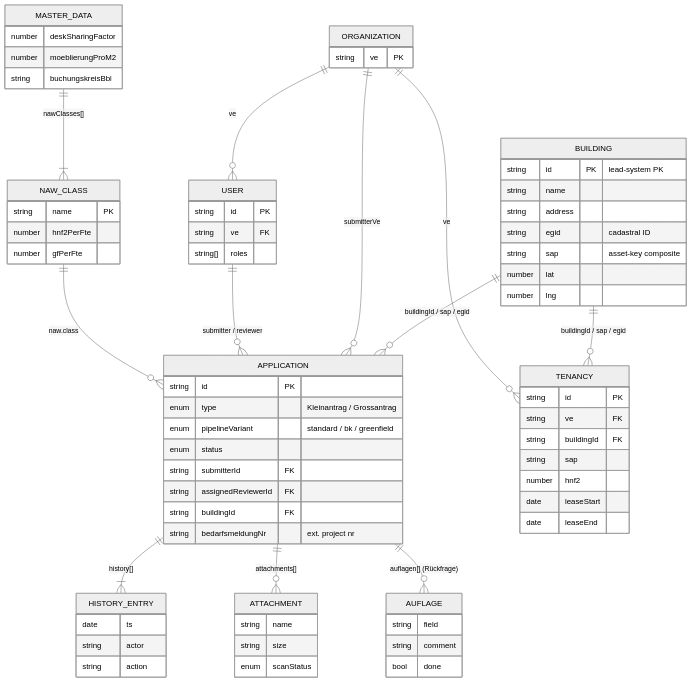
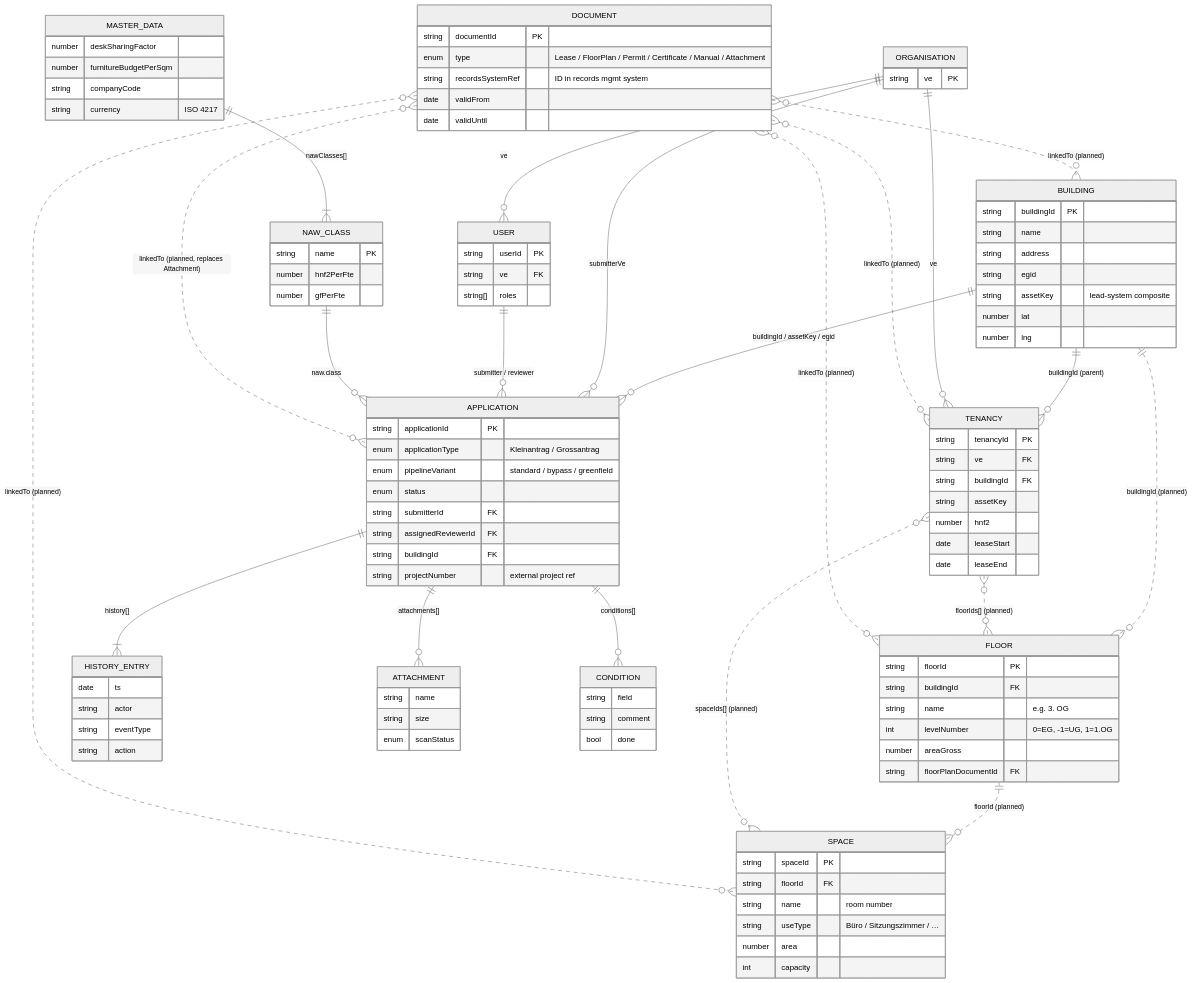
Before and after one commit to bbl-dres/tenant-portal: the first of 2 diagrams in docs/DATAMODEL.md, drawn with Mermaid (neutral theme). The commit also changed other lines of this file, not shown here.

````diff
--- a/docs/DATAMODEL.md
+++ b/docs/DATAMODEL.md
@@ -127,51 +91,60 @@
 ```mermaid
 erDiagram
-    BUILDING ||--o{ APPLICATION : "buildingId / sap / egid"
-    BUILDING ||--o{ TENANCY     : "buildingId / sap / egid"
-    ORGANIZATION ||--o{ USER        : "ve"
-    ORGANIZATION ||--o{ APPLICATION : "submitterVe"
-    ORGANIZATION ||--o{ TENANCY     : "ve"
+    BUILDING ||--o{ APPLICATION : "buildingId / assetKey / egid"
+    BUILDING ||--o{ TENANCY     : "buildingId (parent)"
+    BUILDING ||..o{ FLOOR       : "buildingId (planned)"
+    FLOOR    ||..o{ SPACE       : "floorId (planned)"
+    TENANCY  }o..o{ FLOOR       : "floorIds[] (planned)"
+    TENANCY  }o..o{ SPACE       : "spaceIds[] (planned)"
+    ORGANISATION ||--o{ USER        : "ve"
+    ORGANISATION ||--o{ APPLICATION : "submitterVe"
+    ORGANISATION ||--o{ TENANCY     : "ve"
     USER ||--o{ APPLICATION : "submitter / reviewer"
     APPLICATION ||--|{ HISTORY_ENTRY : "history[]"
     APPLICATION ||--o{ ATTACHMENT    : "attachments[]"
-    APPLICATION ||--o{ AUFLAGE       : "auflagen[] (Rückfrage)"
+    APPLICATION ||--o{ CONDITION     : "conditions[]"
     NAW_CLASS   ||--o{ APPLICATION   : "naw.class"
     MASTER_DATA ||--|{ NAW_CLASS     : "nawClasses[]"
+    DOCUMENT    }o..o{ BUILDING      : "linkedTo (planned)"
+    DOCUMENT    }o..o{ FLOOR         : "linkedTo (planned)"
+    DOCUMENT    }o..o{ SPACE         : "linkedTo (planned)"
+    DOCUMENT    }o..o{ TENANCY       : "linkedTo (planned)"
+    DOCUMENT    }o..o{ APPLICATION   : "linkedTo (planned, replaces Attachment)"
 
     BUILDING {
-        string id PK "lead-system PK"
+        string buildingId PK
         string name
         string address
-        string egid "cadastral ID"
-        string sap "asset-key composite"
+        string egid
+        string assetKey "lead-system composite"
         number lat
         number lng
     }
     APPLICATION {
-        string id PK
-        enum   type "Kleinantrag / Grossantrag"
-        enum   pipelineVariant "standard / bk / greenfield"
+        string applicationId PK
+        enum   applicationType "Kleinantrag / Grossantrag"
+        enum   pipelineVariant "standard / bypass / greenfield"
         enum   status
         string submitterId FK
         string assignedReviewerId FK
         string buildingId FK
-        string bedarfsmeldungNr "ext. project nr"
+        string projectNumber "external project ref"
     }
     TENANCY {
-        string id PK
+        string tenancyId PK
         string ve FK
         string buildingId FK
-        string sap
+        string assetKey
         number hnf2
         date   leaseStart
         date   leaseEnd
     }
     USER {
-        string id PK
+        string userId PK
         string ve FK
         string[] roles
     }
-    ORGANIZATION {
+    ORGANISATION {
         string ve PK
     }
     NAW_CLASS {
@@ -182,6 +155,7 @@
     HISTORY_ENTRY {
         date   ts
         string actor
+        string eventType
         string action
     }
     ATTACHMENT {
@@ -189,14 +163,38 @@
         string size
         enum   scanStatus
     }
-    AUFLAGE {
+    CONDITION {
         string field
         string comment
         bool   done
     }
     MASTER_DATA {
         number deskSharingFactor
-        number moeblierungProM2
-        string buchungskreisBbl
+        number furnitureBudgetPerSqm
+        string companyCode
+        string currency "ISO 4217"
+    }
+    FLOOR {
+        string floorId PK
+        string buildingId FK
+        string name "e.g. 3. OG"
+        int    levelNumber "0=EG, -1=UG, 1=1.OG"
+        number areaGross
+        string floorPlanDocumentId FK
+    }
+    SPACE {
+        string spaceId PK
+        string floorId FK
+        string name "room number"
+        string useType "Büro / Sitzungszimmer / …"
+        number area
+        int    capacity
+    }
+    DOCUMENT {
+        string documentId PK
+        enum   type "Lease / FloorPlan / Permit / Certificate / Manual / Attachment"
+        string recordsSystemRef "ID in records mgmt system"
+        date   validFrom
+        date   validUntil
     }
 ```
````
